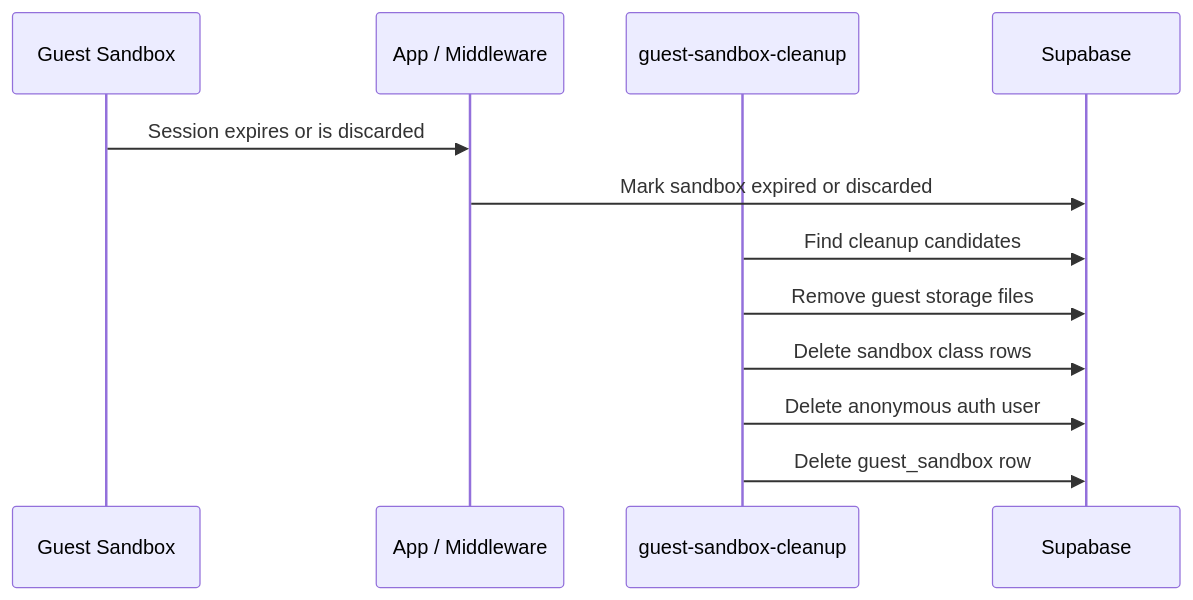
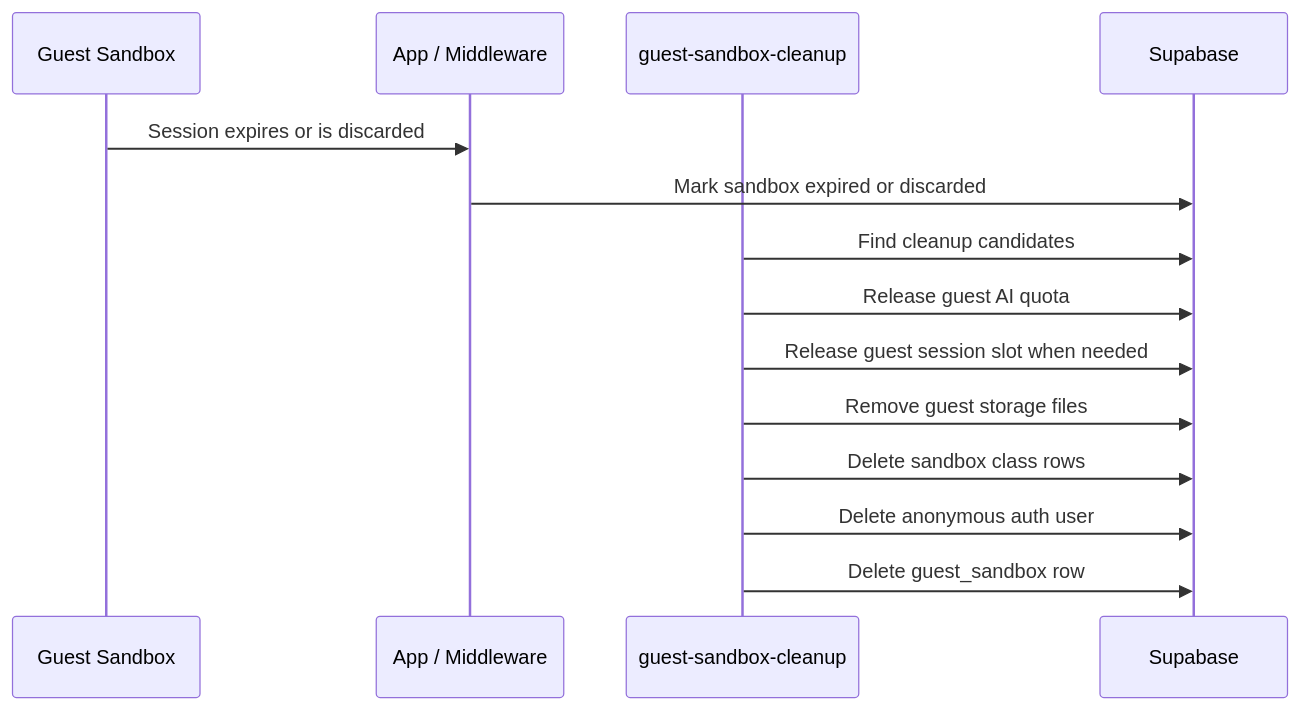
One commit to HaochenFa/AI-Learning-Platform-for-STEM changed the third of 3 diagrams in DEPLOYMENT.md. Above: the diagram before and after it, drawn with Mermaid. The commit also changed 3 other files, not shown here.

First line of the commit message:
docs: align stale mermaid diagrams with current runtime flows

````diff
--- a/DEPLOYMENT.md
+++ b/DEPLOYMENT.md
@@ -354,15 +354,17 @@
 ```mermaid
 sequenceDiagram
     participant Sandbox as Guest Sandbox
     participant App as App / Middleware
     participant Cleanup as guest-sandbox-cleanup
     participant SB as Supabase
 
     Sandbox->>App: Session expires or is discarded
     App->>SB: Mark sandbox expired or discarded
     Cleanup->>SB: Find cleanup candidates
+    Cleanup->>SB: Release guest AI quota
+    Cleanup->>SB: Release guest session slot when needed
     Cleanup->>SB: Remove guest storage files
     Cleanup->>SB: Delete sandbox class rows
     Cleanup->>SB: Delete anonymous auth user
     Cleanup->>SB: Delete guest_sandbox row
 ```
````
